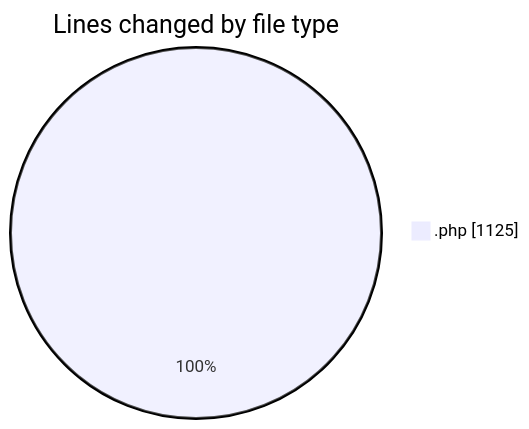
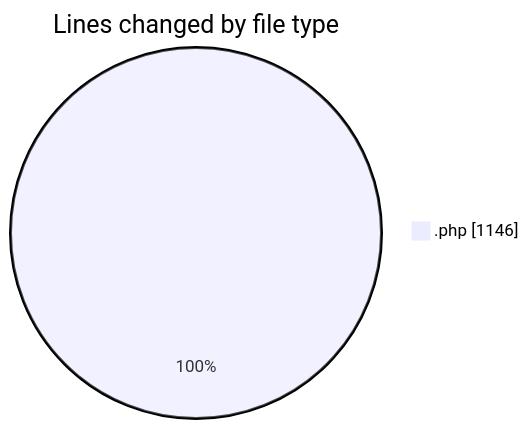
The first of 2 diagrams in 2025-09-24/plugins/README.md (debugP/code-tracking), drawn with Mermaid before and after one commit. The commit also changed other lines of this file and 1 other file, not shown here.

````diff
--- a/2025-09-24/plugins/README.md
+++ b/2025-09-24/plugins/README.md
@@ -20,5 +20,5 @@
 ```mermaid
 pie showData
 title Lines changed by file type
-".php" : 1125
+".php" : 1146
 ```
````
